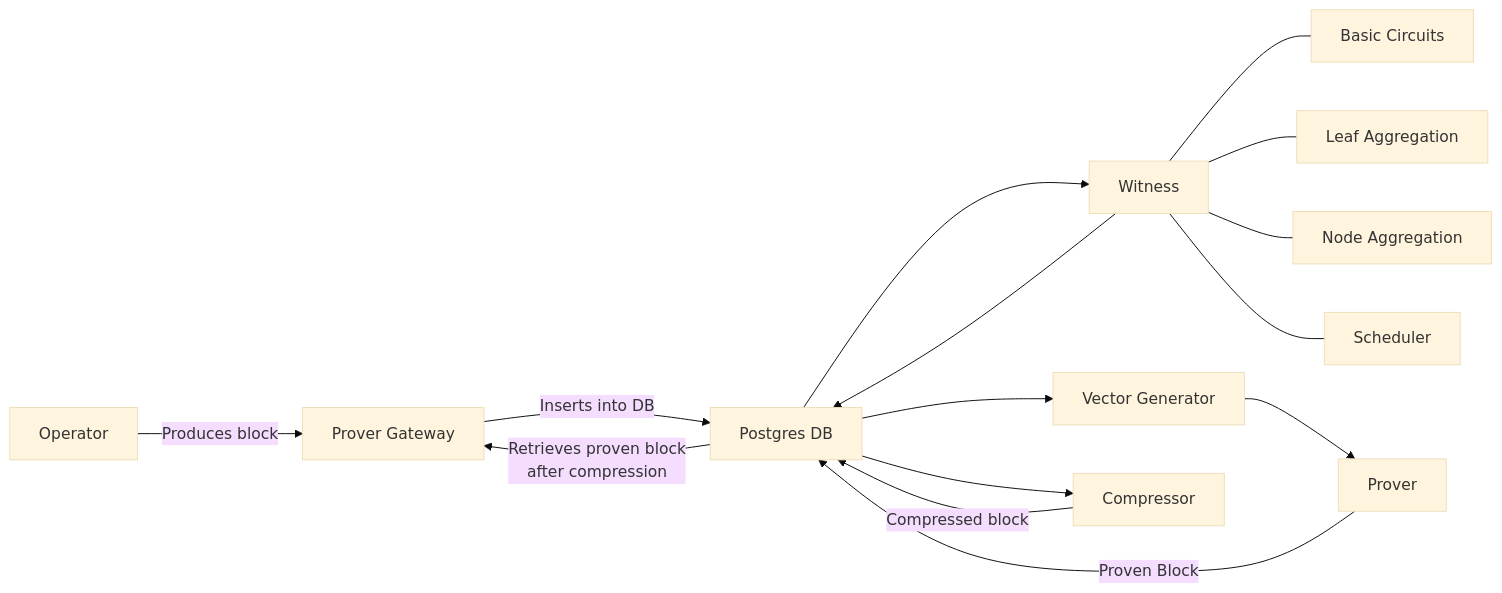
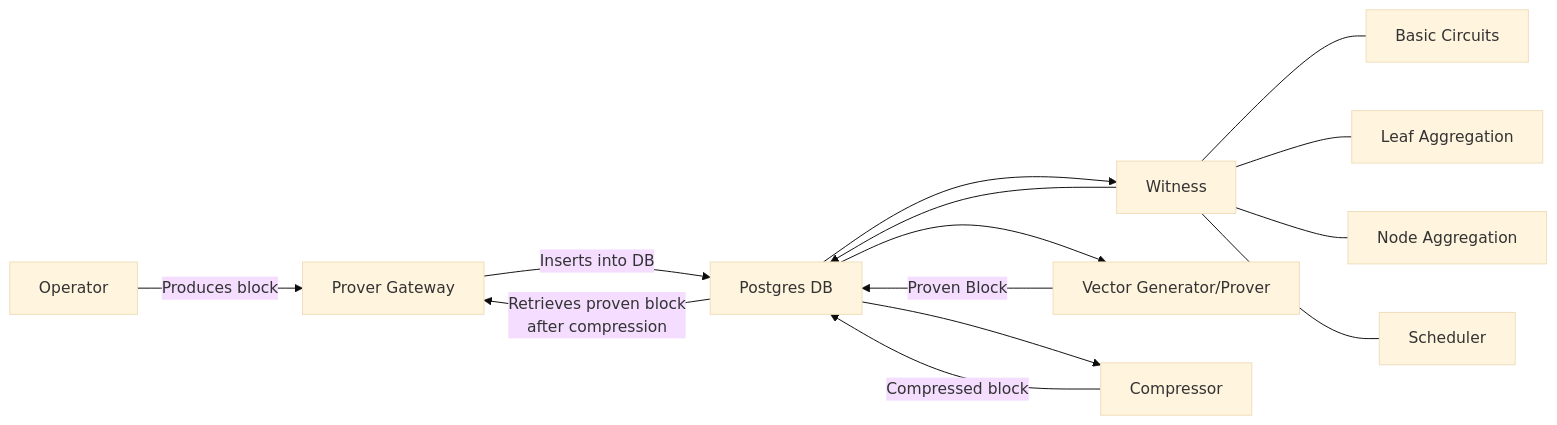
The diagram in prover/prover_fri/README.md (matter-labs/zksync-era), drawn with Mermaid (base theme) before and after one commit.

Commit message:
Update mermaid chart

````diff
--- a/prover/prover_fri/README.md
+++ b/prover/prover_fri/README.md
@@ -17,17 +17,16 @@
 ```mermaid
 flowchart LR
     A["Operator"] --> |Produces block| F[Prover Gateway]
     F --> |Inserts into DB| B["Postgres DB"]
     B --> |Retrieves proven block \nafter compression| F
     B --> C["Witness"]
     C --- C1["Basic Circuits"]
     C --- C2["Leaf Aggregation"]
     C --- C3["Node Aggregation"]
     C --- C4["Scheduler"]
     C --> B
-    B --> D["Vector Generator"]
-    D --> E["Prover"]
-    E --> |Proven Block| B
+    B --> D["Vector Generator/Prover"]
+    D --> |Proven Block| B
     B --> G["Compressor"]
     G --> |Compressed block| B
 ```
````
